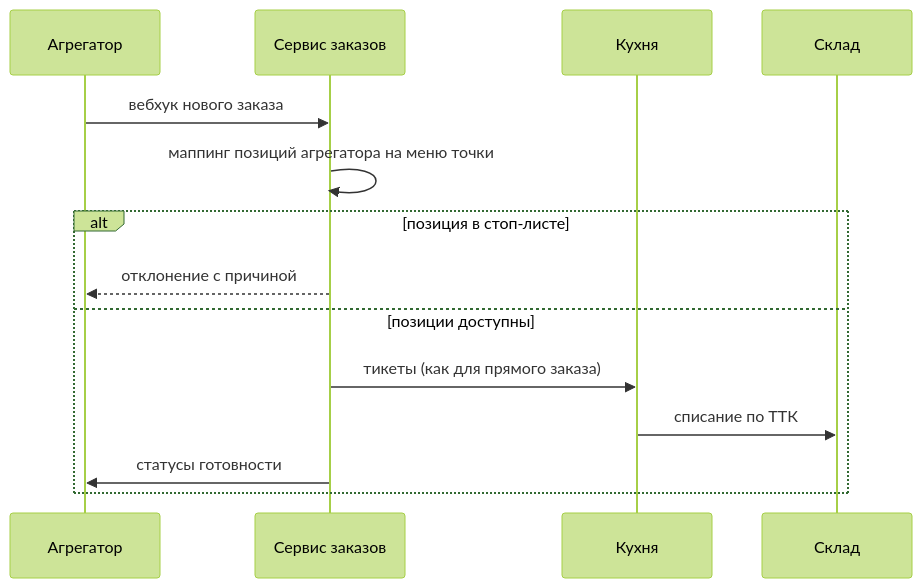
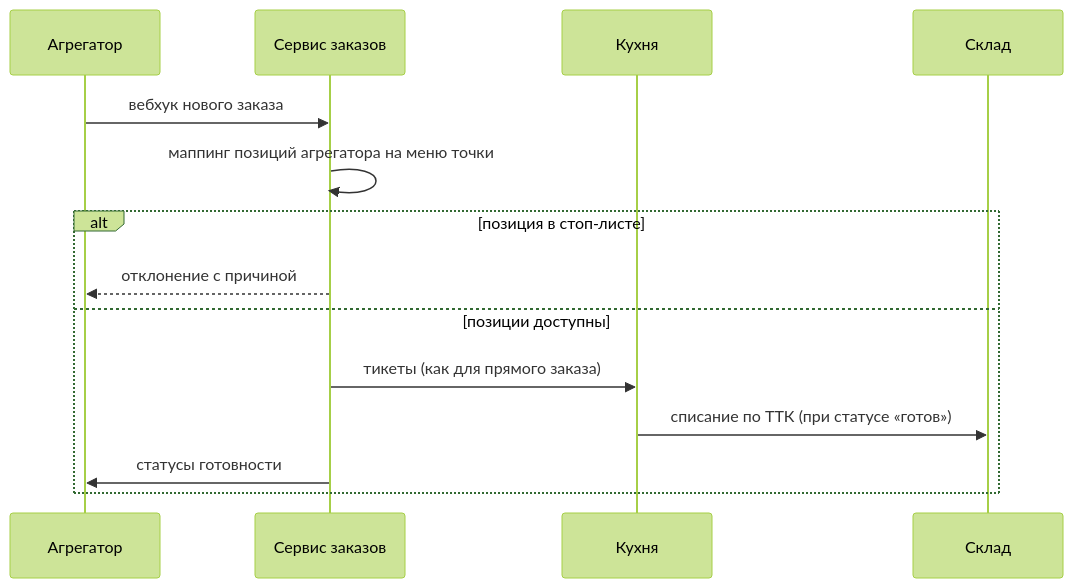
Before and after one commit to bestdeejay-design/lovii-crm: the third of 8 diagrams in docs/research/specs/02-processes.md, drawn with Mermaid (forest theme). The commit also changed other lines of this file and 70 other files, not shown here.

````diff
--- a/docs/research/specs/02-processes.md
+++ b/docs/research/specs/02-processes.md
@@ -53,17 +55,17 @@
 ```mermaid
 sequenceDiagram
     participant Агрегатор
     participant Сервис заказов
     participant Кухня
     participant Склад
 
     Агрегатор->>Сервис заказов: вебхук нового заказа
     Сервис заказов->>Сервис заказов: маппинг позиций агрегатора на меню точки
     alt позиция в стоп-листе
         Сервис заказов-->>Агрегатор: отклонение с причиной
     else позиции доступны
         Сервис заказов->>Кухня: тикеты (как для прямого заказа)
-        Кухня->>Склад: списание по ТТК
+        Кухня->>Склад: списание по ТТК (при статусе «готов»)
         Сервис заказов->>Агрегатор: статусы готовности
     end
 ```
````
